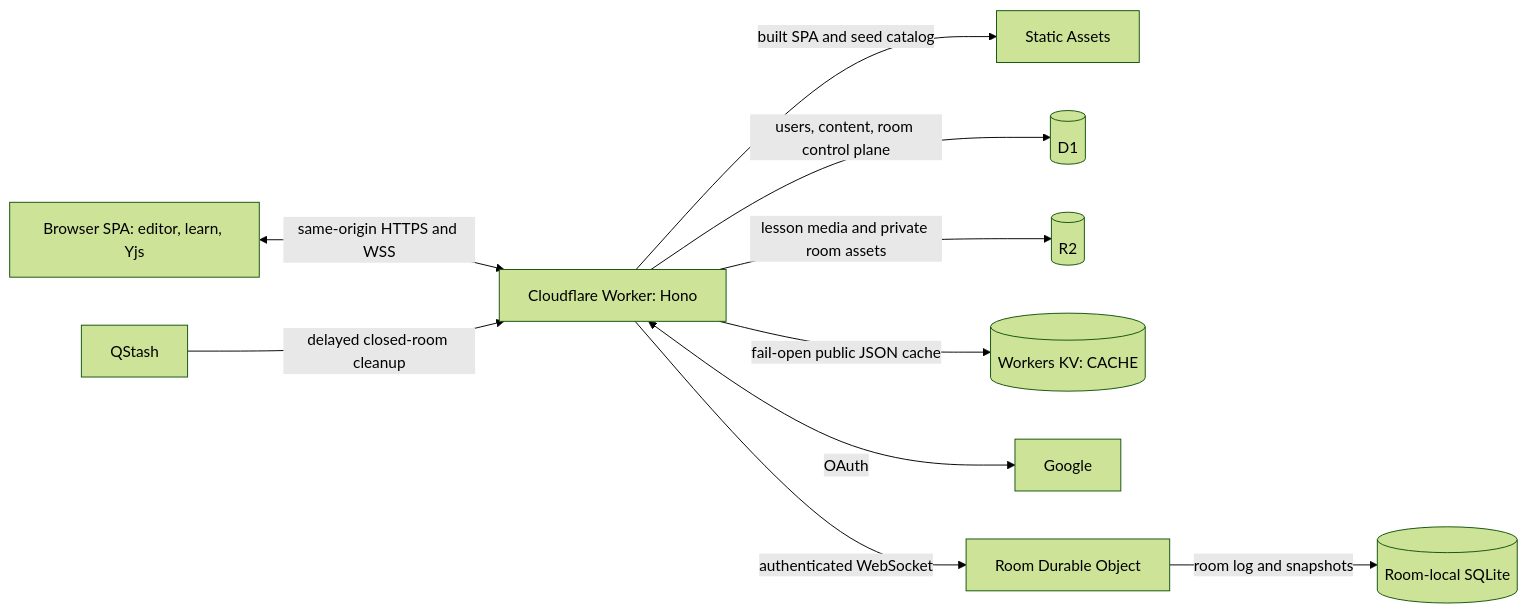
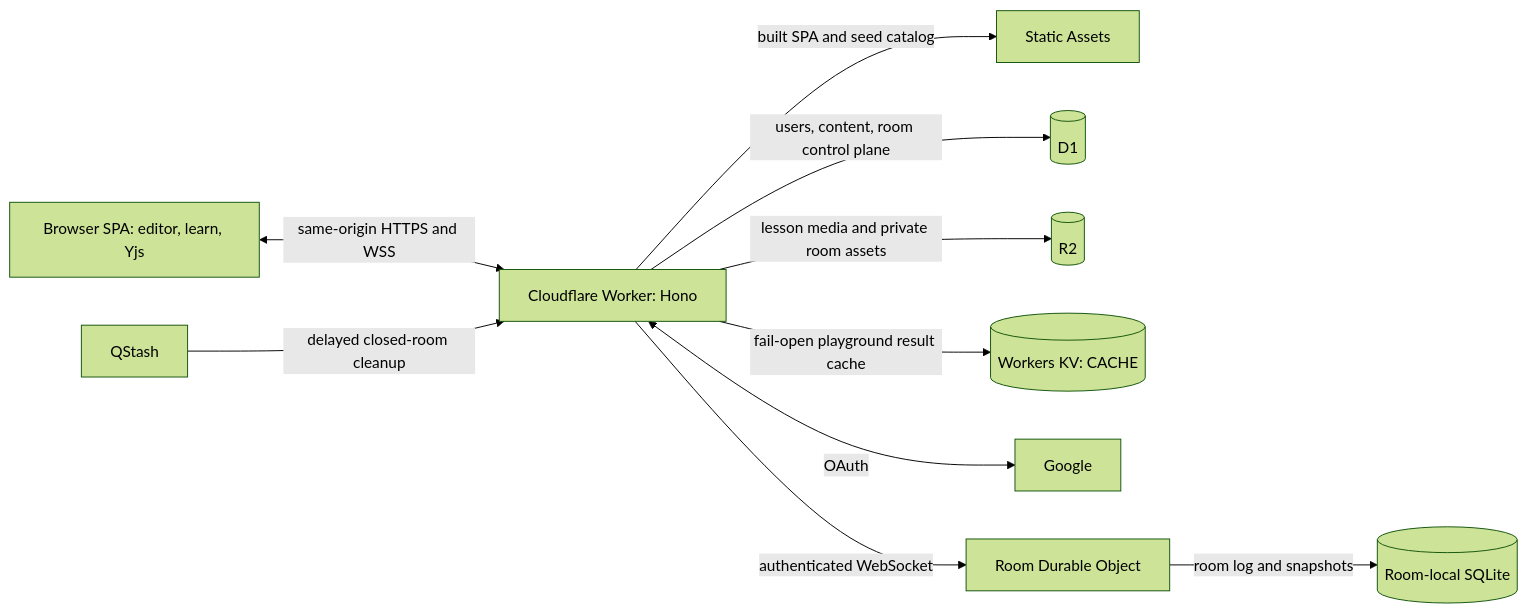
Before and after one commit to channyeintun/next-editor: the diagram in docs/cloudflare-architecture.md, drawn with Mermaid (forest theme). The commit also changed other lines of this file and 15 other files, not shown here.

````diff
--- a/docs/cloudflare-architecture.md
+++ b/docs/cloudflare-architecture.md
@@ -69,12 +69,12 @@
 ```mermaid
 flowchart LR
     Browser[Browser SPA: editor, learn, Yjs] <-->|same-origin HTTPS and WSS| Worker[Cloudflare Worker: Hono]
     Worker -->|built SPA and seed catalog| Assets[Static Assets]
     Worker -->|users, content, room control plane| D1[(D1)]
     Worker -->|lesson media and private room assets| R2[(R2)]
-    Worker -->|fail-open public JSON cache| KV[(Workers KV: CACHE)]
+    Worker -->|fail-open playground result cache| KV[(Workers KV: CACHE)]
     Worker <-->|OAuth| Google[Google]
     Worker -->|authenticated WebSocket| Room[Room Durable Object]
     Room -->|room log and snapshots| SQL[(Room-local SQLite)]
     QStash[QStash] -->|delayed closed-room cleanup| Worker
 ```
````
